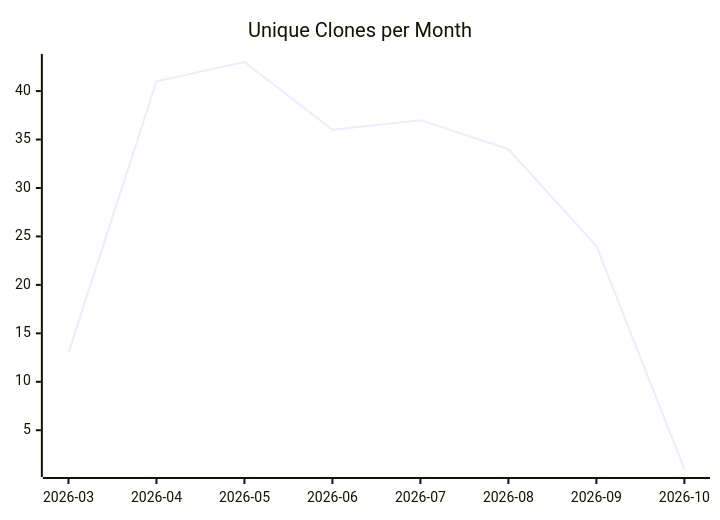
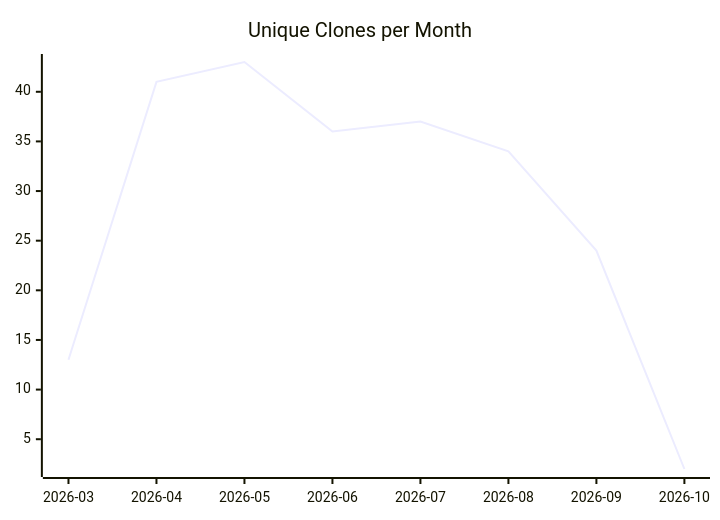
Before and after one commit to justdavis-family/github-analytics-data: the third of 3 diagrams in karlmdavis/usgs-water-api-java/README.md, drawn with Mermaid. The commit also changed other lines of this file and 202 other files, not shown here.

````diff
--- a/karlmdavis/usgs-water-api-java/README.md
+++ b/karlmdavis/usgs-water-api-java/README.md
@@ -19,6 +19,6 @@
 ```mermaid
 xychart-beta
   title "Unique Clones per Month"
   x-axis ["2026-03", "2026-04", "2026-05", "2026-06", "2026-07", "2026-08", "2026-09", "2026-10"]
-  line [13, 41, 43, 36, 37, 34, 24, 1]
+  line [13, 41, 43, 36, 37, 34, 24, 2]
 ```
````
